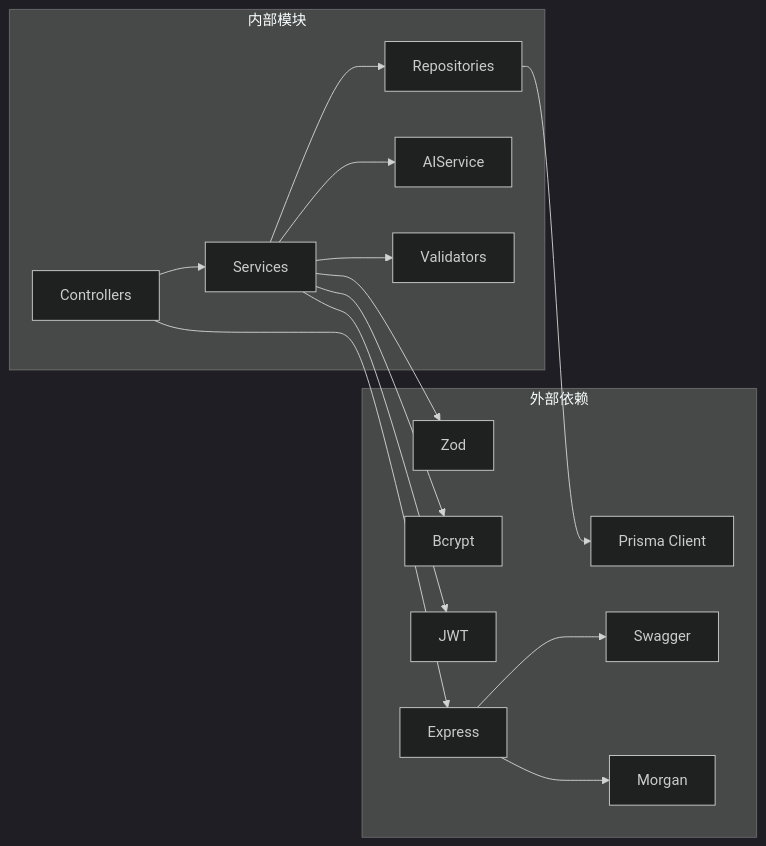
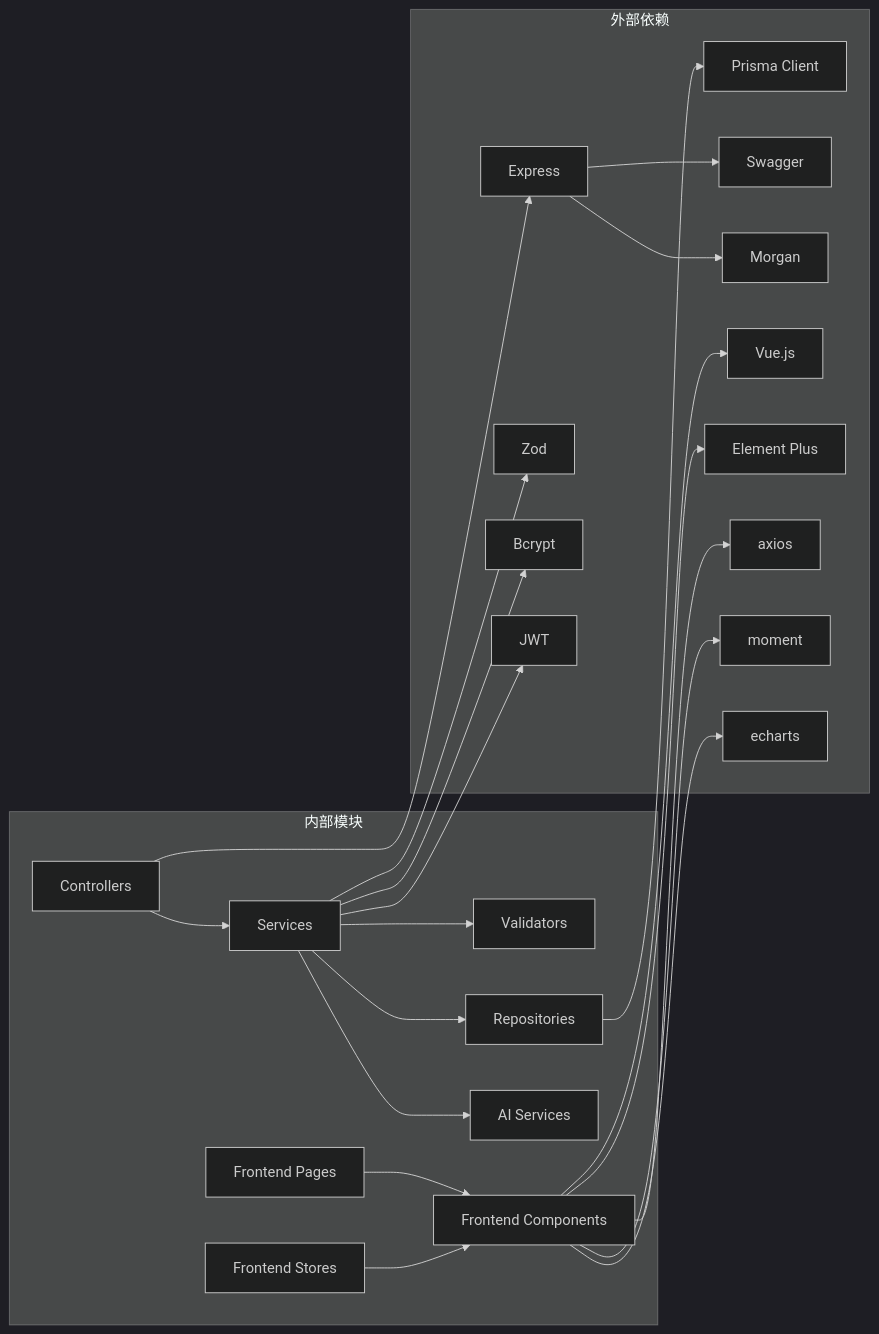
Before and after one commit to xianjianshenqu/SalesFlow-CRM: the sixth of 6 diagrams in .qoder/repowiki/zh/content/Proposal Service.md, drawn with Mermaid (dark theme). The commit also changed other lines of this file and 13 other files, not shown here.

````diff
--- a/.qoder/repowiki/zh/content/Proposal Service.md
+++ b/.qoder/repowiki/zh/content/Proposal Service.md
@@ -306,30 +512,45 @@
 ```mermaid
 graph LR
 subgraph "外部依赖"
 A[Express]
 B[Prisma Client]
 C[Zod]
 D[Swagger]
 E[Morgan]
 F[Bcrypt]
 G[JWT]
+H[Vue.js]
+I[Element Plus]
+J[axios]
+K[moment]
+L[echarts]
 end
 subgraph "内部模块"
-H[Controllers]
-I[Services]
-J[Validators]
-K[Repositories]
-L[AIService]
+M[Controllers]
+N[Services]
+O[Validators]
+P[Repositories]
+Q[AI Services]
+R[Frontend Components]
+S[Frontend Pages]
+T[Frontend Stores]
 end
-H --> I
-I --> K
-I --> L
-I --> J
-K --> B
-H --> A
-I --> C
+M --> N
+N --> P
+N --> Q
+N --> O
+P --> B
+M --> A
+N --> C
 A --> D
 A --> E
-I --> F
-I --> G
+N --> F
+N --> G
+R --> H
+R --> I
+R --> J
+R --> K
+R --> L
+S --> R
+T --> R
 ```
````
